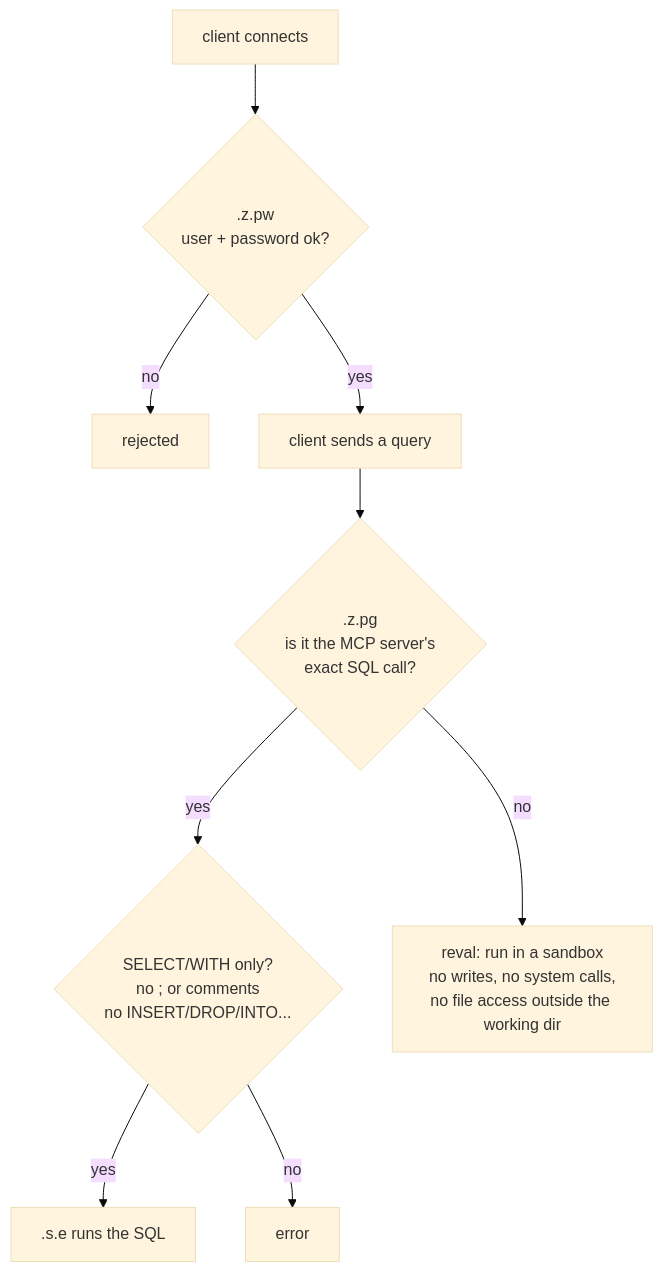
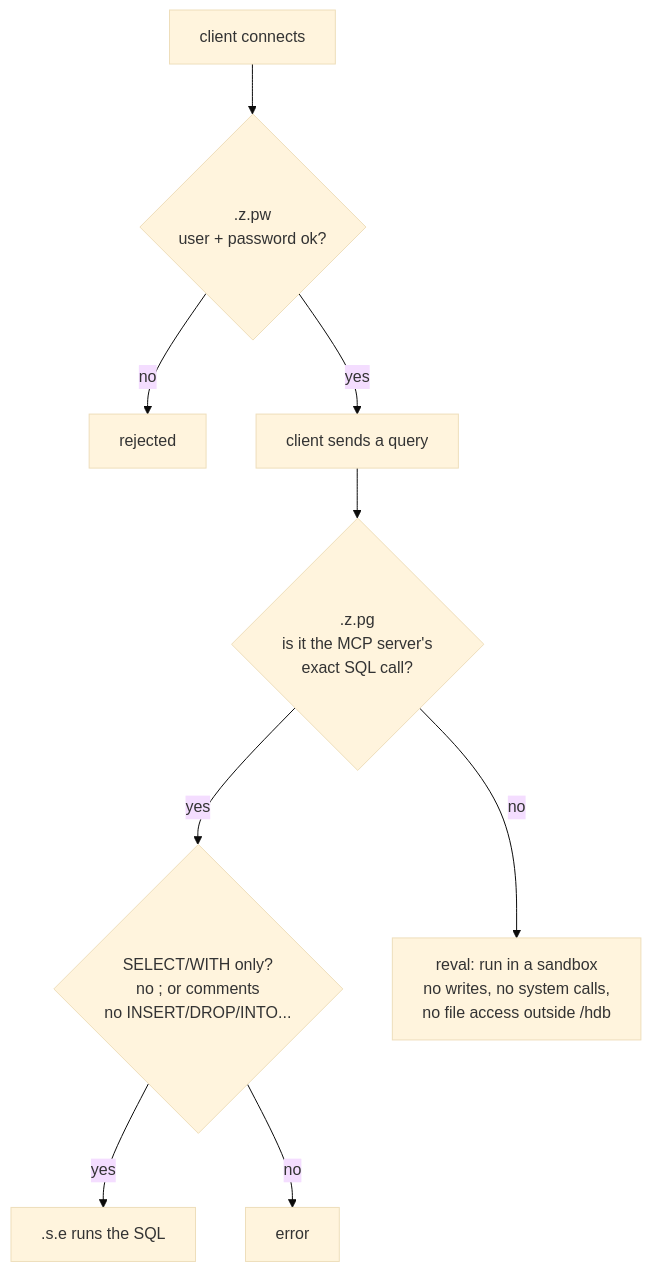
The diagram in doc/02-kdb.md (ronozh/kdb-ai-chat), drawn with Mermaid (base theme) before and after one commit. The commit also changed other lines of this file and 13 other files, not shown here.

````diff
--- a/doc/02-kdb.md
+++ b/doc/02-kdb.md
@@ -148,10 +152,10 @@
 ```mermaid
 flowchart TD
     C[client connects] --> PW{".z.pw<br/>user + password ok?"}
     PW -- no --> X[rejected]
     PW -- yes --> Q[client sends a query] --> PG{".z.pg<br/>is it the MCP server's<br/>exact SQL call?"}
     PG -- yes --> RO{"SELECT/WITH only?<br/>no ; or comments<br/>no INSERT/DROP/INTO..."}
     RO -- yes --> SQL[".s.e runs the SQL"]
     RO -- no --> E1[error]
-    PG -- no --> RV["reval: run in a sandbox<br/>no writes, no system calls,<br/>no file access outside the working dir"]
+    PG -- no --> RV["reval: run in a sandbox<br/>no writes, no system calls,<br/>no file access outside /hdb"]
 ```
````
